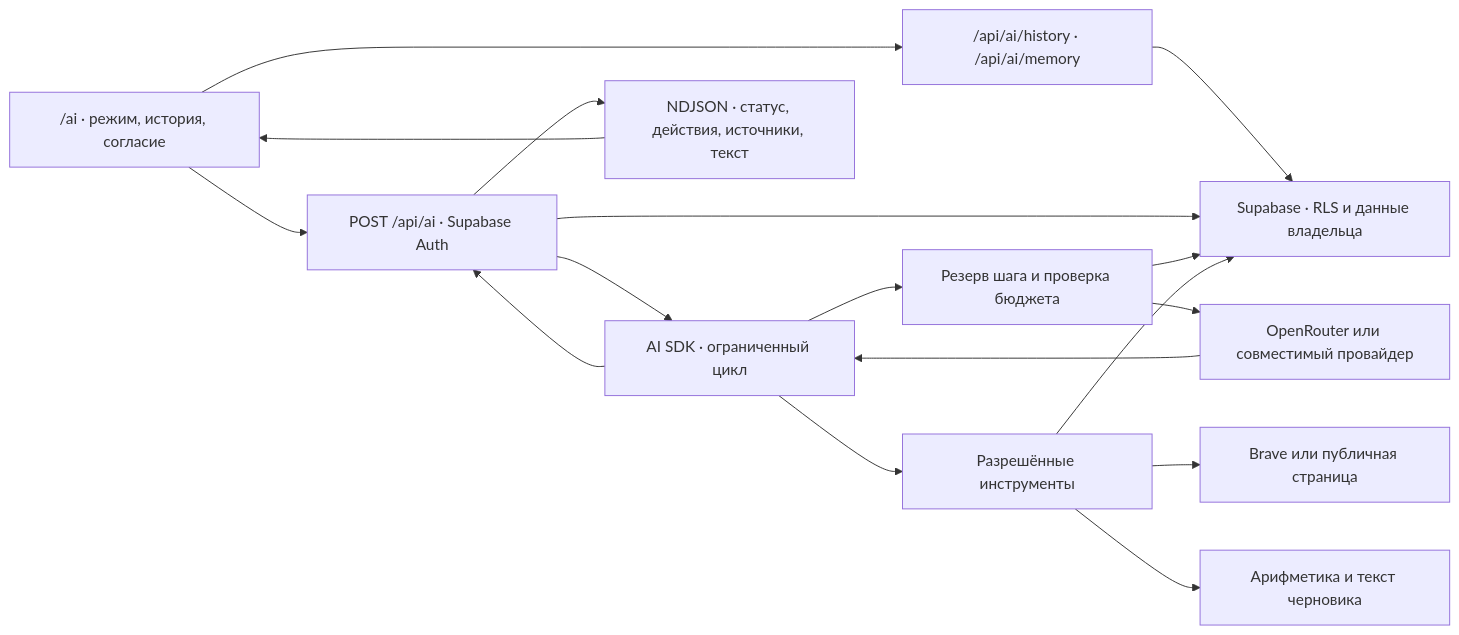
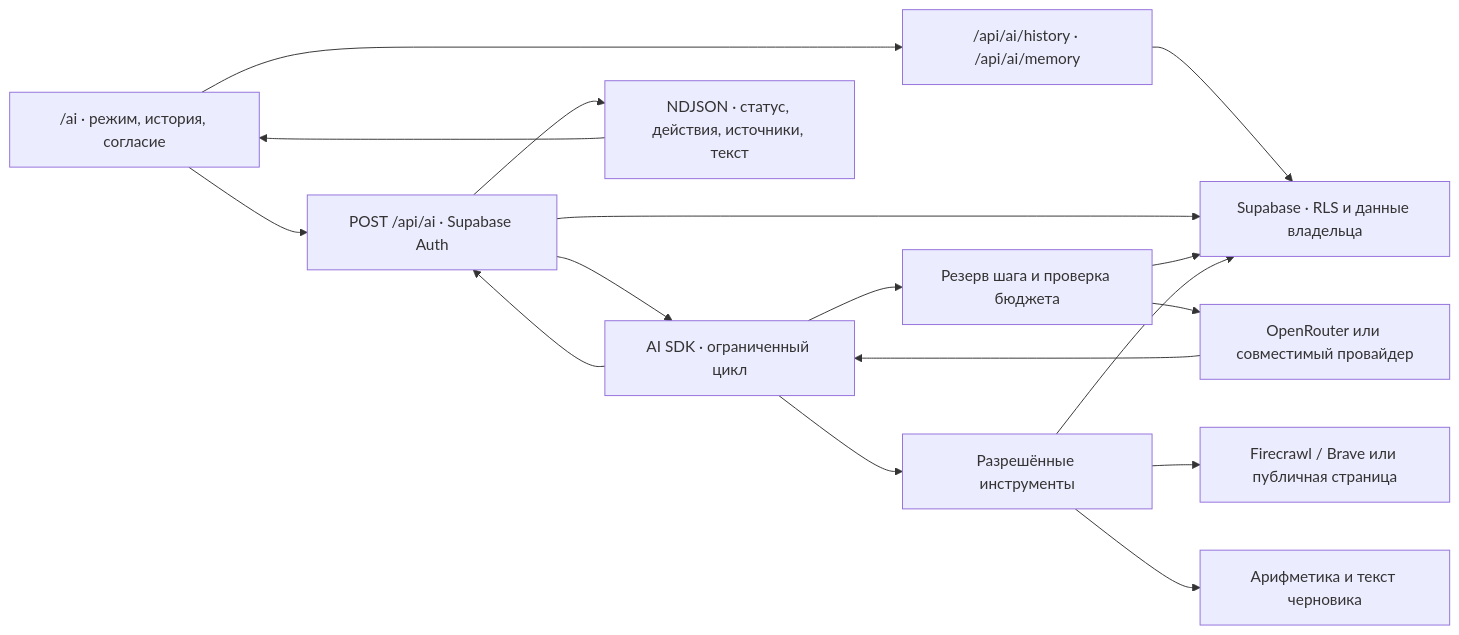
One commit to aliveytty-gif/nexus changed the diagram in docs/ai/README.md. Above: the diagram before and after it, drawn with Mermaid. The commit also changed other lines of this file and 11 other files, not shown here.

````diff
--- a/docs/ai/README.md
+++ b/docs/ai/README.md
@@ -5,19 +5,19 @@
 ```mermaid
 flowchart LR
   UI["/ai · режим, история, согласие"] --> API["POST /api/ai · Supabase Auth"]
   UI --> HM["/api/ai/history · /api/ai/memory"]
   HM --> DB["Supabase · RLS и данные владельца"]
   API --> DB
   API --> Agent["AI SDK · ограниченный цикл"]
   Agent --> Quota["Резерв шага и проверка бюджета"]
   Quota --> DB
   Quota --> LLM["OpenRouter или совместимый провайдер"]
   LLM --> Agent
   Agent --> Tool["Разрешённые инструменты"]
-  Tool --> Net["Brave или публичная страница"]
+  Tool --> Net["Firecrawl / Brave или публичная страница"]
   Tool --> DB
   Tool --> Calc["Арифметика и текст черновика"]
   Agent --> API
   API --> Stream["NDJSON · статус, действия, источники, текст"]
   Stream --> UI
 ```
````
